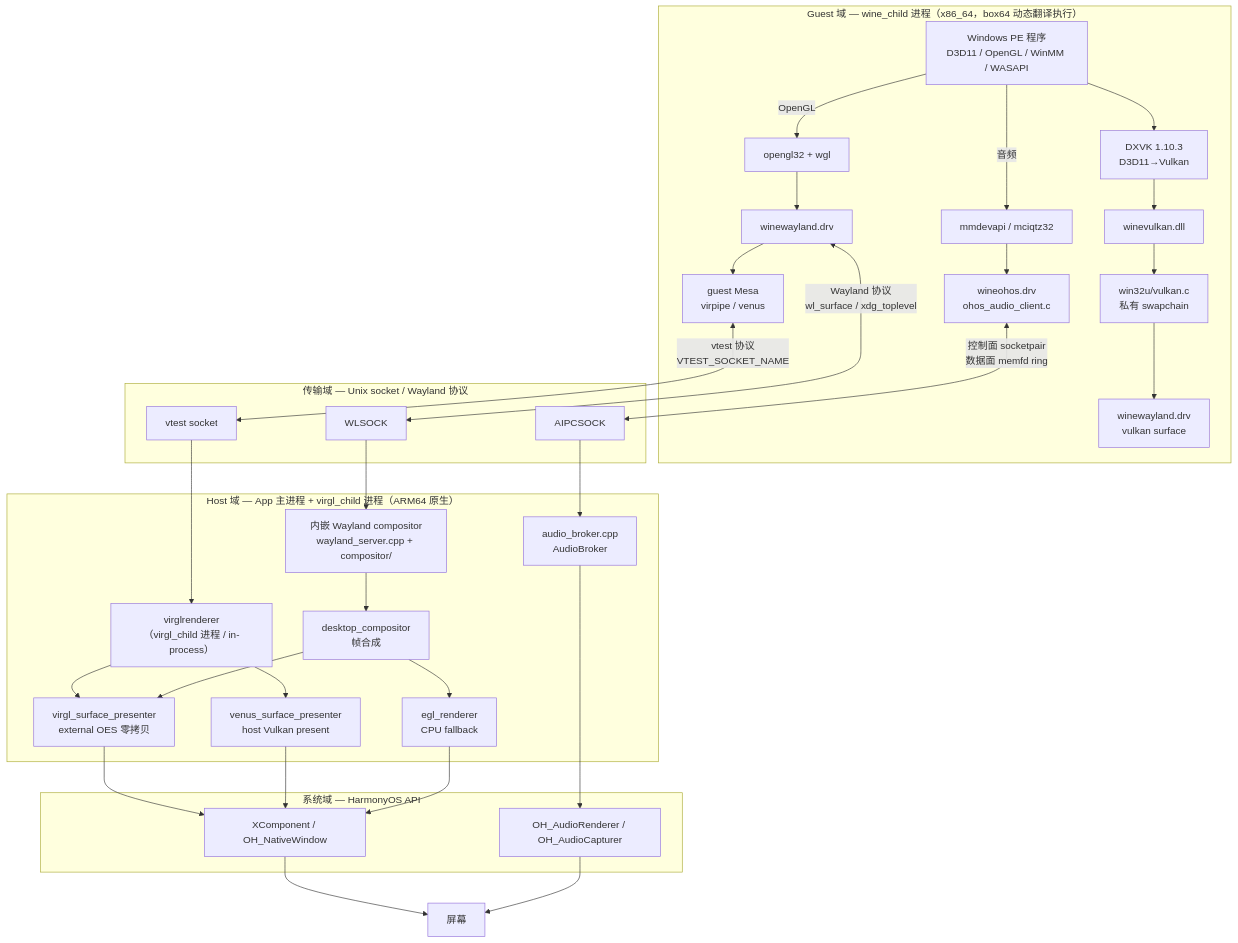
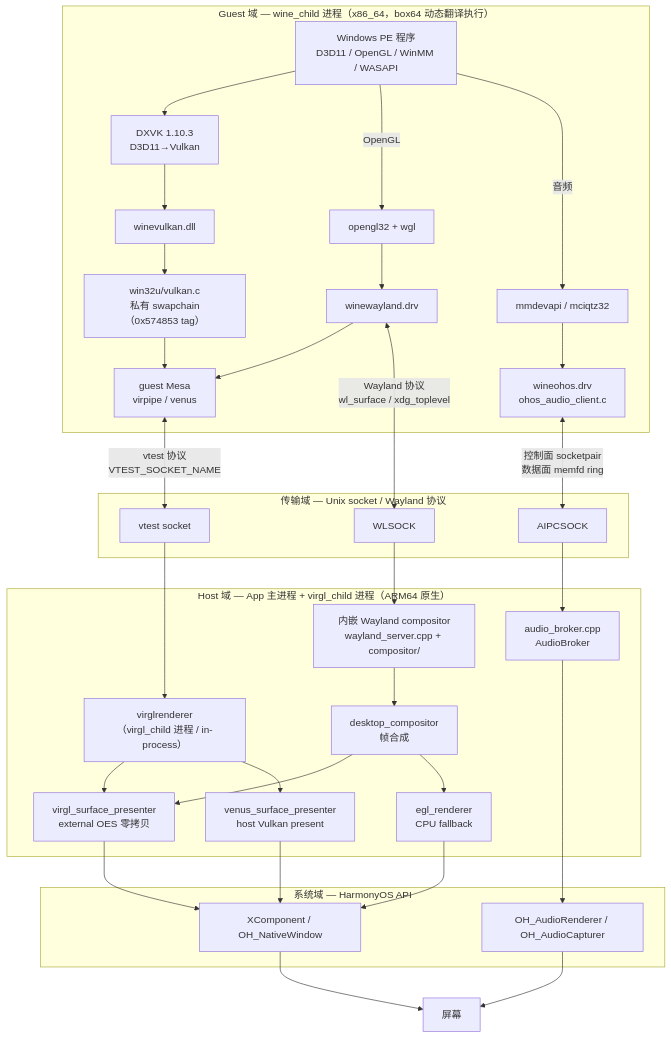
One commit to BA4892/HarmonyProton changed the first of 6 diagrams in docs/ARCHITECTURE_OVERVIEW.md. Above: the diagram before and after it, drawn with Mermaid. The commit also changed other lines of this file, not shown here.

Commit message:
docs: 修正总架构图 DXVK 链路
DXVK present 不经过 winewayland.drv 的 Wayland 协议路径：win32u/vulkan.c
私有 swapchain（0x574853 tag）直接 dlopen guest Mesa venus 的
vn_winehua_present 入口，经 VCMD_WINEHUA_VK_PRESENT 私有 vtest 命令到
host vkr_renderer_winehua_present → venus_surface_presenter。

删除总图中错误的 winewayland.drv vulkan surface 断头节点，DXVK 链路
与 OpenGL 链路共用 guest Mesa + vtest 通道；§3.1 补充 present 桥三个
跨 fork 成对演进的私有接口说明。

````diff
--- a/docs/ARCHITECTURE_OVERVIEW.md
+++ b/docs/ARCHITECTURE_OVERVIEW.md
@@ -14,42 +14,42 @@
 ```mermaid
 graph TB
     subgraph guest["Guest 域 — wine_child 进程（x86_64，box64 动态翻译执行）"]
         APP["Windows PE 程序<br/>D3D11 / OpenGL / WinMM / WASAPI"]
         APP --> DXVK["DXVK 1.10.3<br/>D3D11→Vulkan"]
         APP -->|OpenGL| WGL["opengl32 + wgl"]
         DXVK --> WINEVK["winevulkan.dll"]
-        WINEVK --> VULKANC["win32u/vulkan.c<br/>私有 swapchain"]
+        WINEVK --> VULKANC["win32u/vulkan.c<br/>私有 swapchain（0x574853 tag）"]
         WGL --> WLD["winewayland.drv"]
-        VULKANC --> WVK["winewayland.drv<br/>vulkan surface"]
         APP -->|音频| MMA["mmdevapi / mciqtz32"]
         MMA --> OHDRV["wineohos.drv<br/>ohos_audio_client.c"]
         WLD --> MESA["guest Mesa<br/>virpipe / venus"]
+        VULKANC --> MESA
     end
 
     subgraph transport["传输域 — Unix socket / Wayland 协议"]
         MESA <-->|"vtest 协议<br/>VTEST_SOCKET_NAME"| VSOCK["vtest socket"]
         WLD <-->|"Wayland 协议<br/>wl_surface / xdg_toplevel"| WLSOCK
         OHDRV <-->|"控制面 socketpair<br/>数据面 memfd ring"| AIPCSOCK
     end
 
     subgraph host["Host 域 — App 主进程 + virgl_child 进程（ARM64 原生）"]
         WLSOCK --> WS["内嵌 Wayland compositor<br/>wayland_server.cpp + compositor/"]
         VSOCK --> VGL["virglrenderer<br/>（virgl_child 进程 / in-process）"]
         VGL --> VPRES["virgl_surface_presenter<br/>external OES 零拷贝"]
         VGL --> VKPRES["venus_surface_presenter<br/>host Vulkan present"]
         WS --> DC["desktop_compositor<br/>帧合成"]
         DC --> VPRES
         DC --> EGLC["egl_renderer<br/>CPU fallback"]
         AIPCSOCK --> ABROK["audio_broker.cpp<br/>AudioBroker"]
     end
 
     subgraph sys["系统域 — HarmonyOS API"]
         VPRES --> XC1["XComponent / OH_NativeWindow"]
         VKPRES --> XC1
         EGLC --> XC1
         ABROK --> OHAR["OH_AudioRenderer / OH_AudioCapturer"]
     end
 
     XC1 --> HW["屏幕"]
     OHAR --> HW
 ```
````
